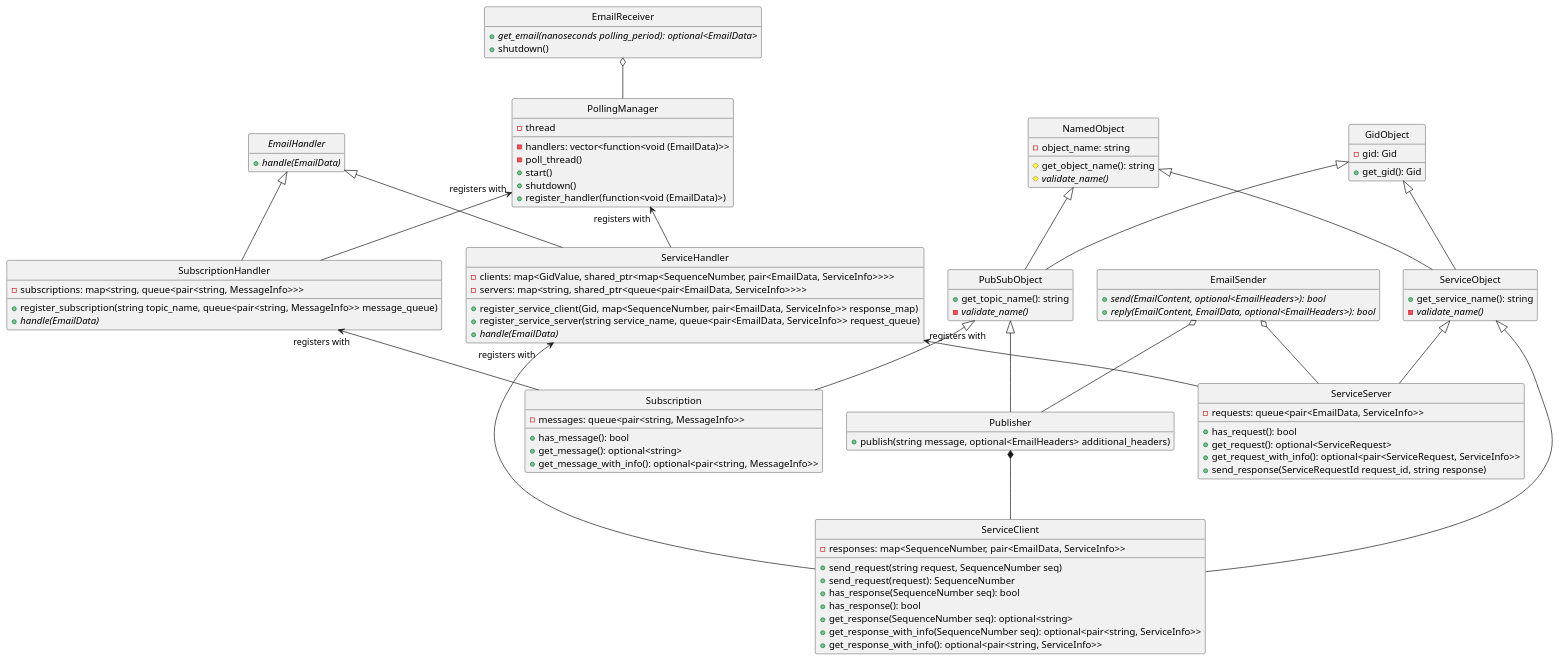
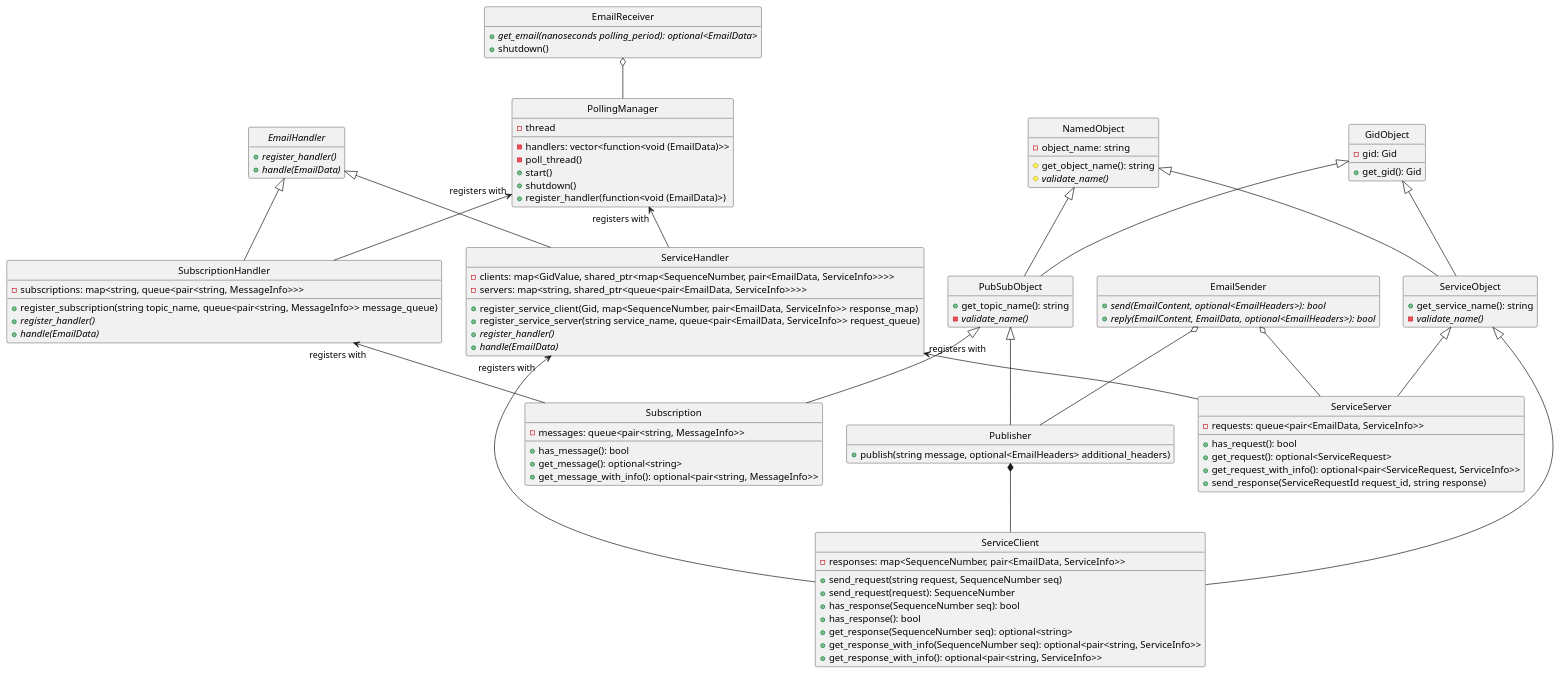
One commit to christophebedard/rmw_email changed the second of 6 diagrams in email/doc/design.md. Above: the diagram before and after it, drawn with PlantUML. The commit also changed 9 other files, not shown here.

```diff
--- a/email/doc/design.md
+++ b/email/doc/design.md
@@ -210,6 +210,7 @@
 EmailReceiver o-- PollingManager
 
 abstract class EmailHandler {
+   +register_handler() {abstract}
    +handle(EmailData) {abstract}
 }
 
@@ -217,6 +218,7 @@
 class SubscriptionHandler {
    -subscriptions: map<string, queue<pair<string, MessageInfo>>>
    +register_subscription(string topic_name, queue<pair<string, MessageInfo>> message_queue)
+   +register_handler() {abstract}
    +handle(EmailData) {abstract}
 }
 EmailHandler <|-- SubscriptionHandler
@@ -227,6 +229,7 @@
    -servers: map<string, shared_ptr<queue<pair<EmailData, ServiceInfo>>>>
    +register_service_client(Gid, map<SequenceNumber, pair<EmailData, ServiceInfo>> response_map)
    +register_service_server(string service_name, queue<pair<EmailData, ServiceInfo>> request_queue)
+   +register_handler() {abstract}
    +handle(EmailData) {abstract}
 }
 EmailHandler <|-- ServiceHandler
```
